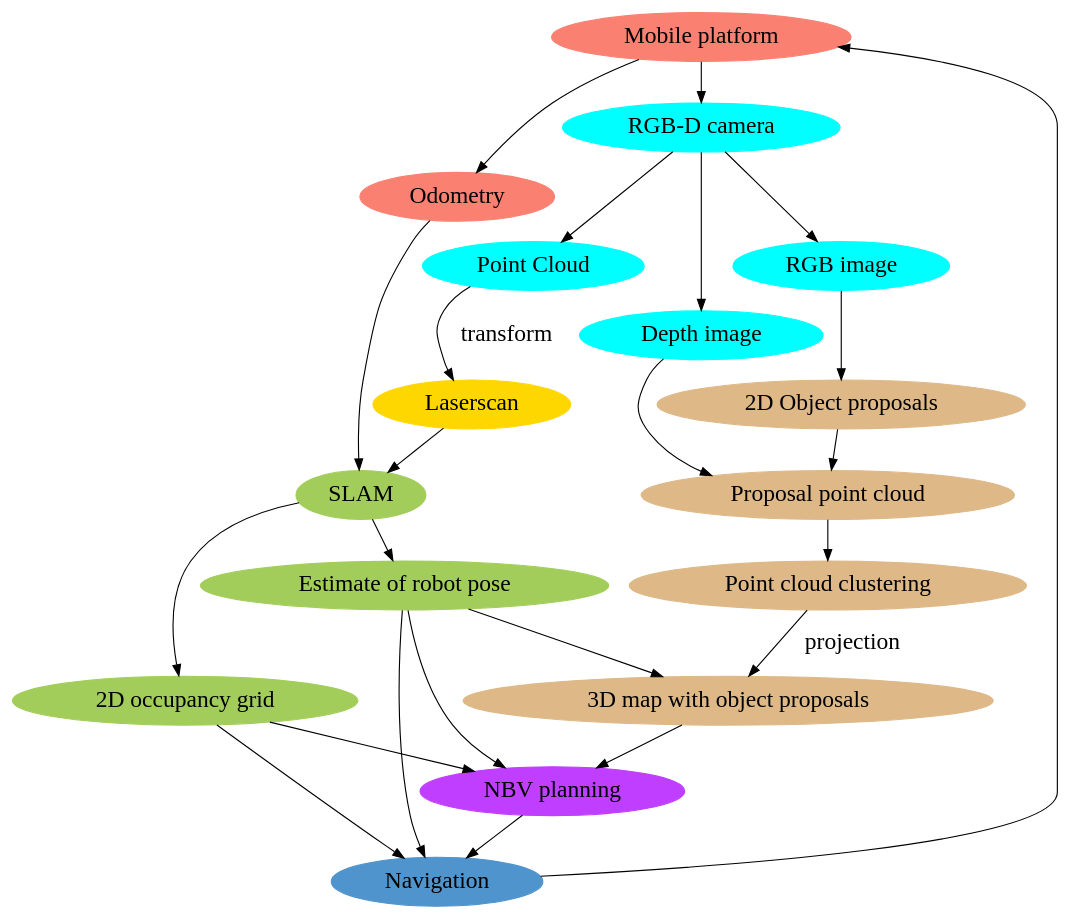
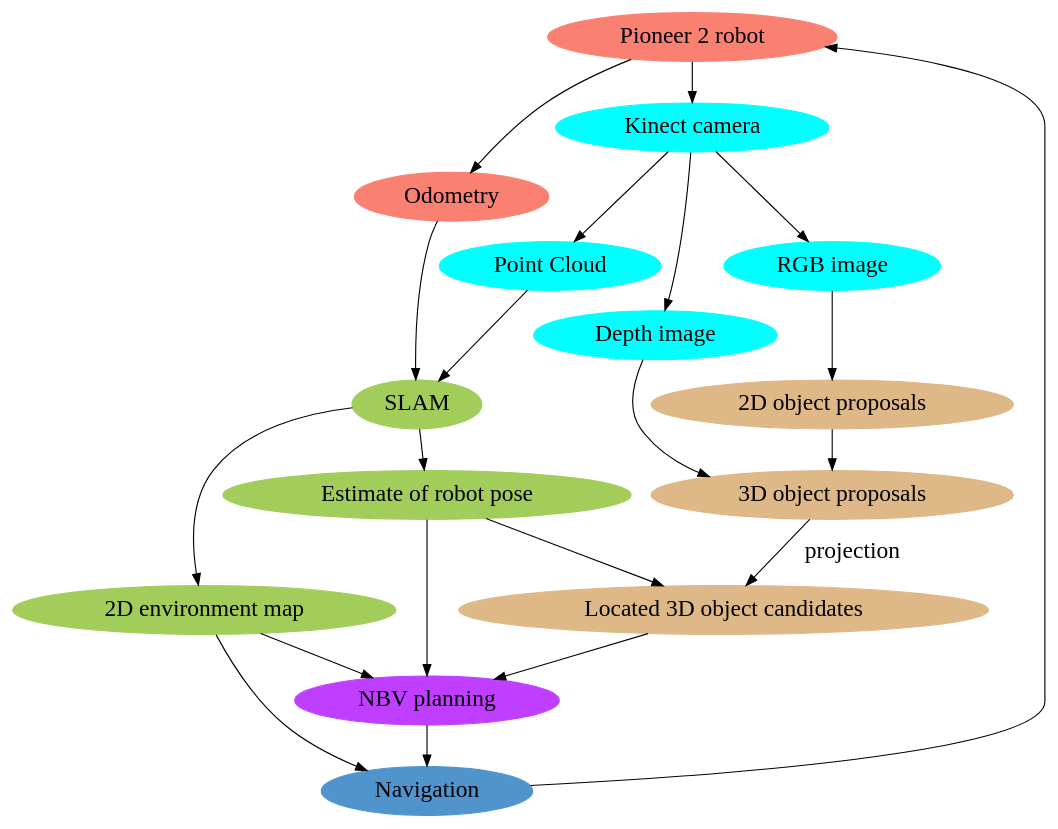
One commit to Fabse92/cv_project changed the diagram in EXPO/poster/dot/overview.dot. Above: the diagram before and after it, drawn with Graphviz. The commit also changed 4 other files, not shown here.

```diff
--- a/EXPO/poster/dot/overview.dot
+++ b/EXPO/poster/dot/overview.dot
@@ -1,45 +1,40 @@
 digraph G {
   graph [fontname = "Helvetica-Oblique", rankdir=UD];
   node [color = white, fontsize = 21, style = filled];
   edge [fontsize = 21]
-  "Mobile platform" [color = salmon];
-  "RGB-D camera" [color = cyan];
-	"Mobile platform" -> "RGB-D camera";
-	"Mobile platform" -> "Odometry";
-	"RGB-D camera" -> "RGB image";
+  "Pioneer 2 robot" [color = salmon];
+  "Kinect camera" [color = cyan];
+	"Pioneer 2 robot" -> "Kinect camera";
+	"Pioneer 2 robot" -> "Odometry";
+	"Kinect camera" -> "RGB image";
 	"RGB image" [color = cyan];
-	"RGB-D camera" [color = cyan];
+	"Kinect camera" [color = cyan];
 	"Depth image" [color = cyan];
-	"RGB-D camera" -> "Depth image";
+	"Kinect camera" -> "Depth image";
   "Odometry" [color = salmon];
 	"Odometry" -> "SLAM";
 	"Point Cloud" [color = cyan];
-	"RGB-D camera" -> "Point Cloud";
-	"Laserscan" [color = gold];
-	"Point Cloud" -> "Laserscan" [label = " transform"];
-	"Proposal point cloud" [color = burlywood];
-	"Depth image" -> "Proposal point cloud";
-	"Laserscan" -> "SLAM";
-	"2D Object proposals" [color = burlywood];
-	"RGB image" -> "2D Object proposals";
+	"Kinect camera" -> "Point Cloud";
+	"Point Cloud" -> "SLAM"
+	"3D object proposals" [color = burlywood];
+	"Depth image" -> "3D object proposals";
+	"2D object proposals" [color = burlywood];
+	"RGB image" -> "2D object proposals";
 	"SLAM" [color = darkolivegreen3];
-	"2D occupancy grid" [color = darkolivegreen3];
-	"SLAM" -> "2D occupancy grid";
+	"2D environment map" [color = darkolivegreen3];
+	"SLAM" -> "2D environment map";
 	"Estimate of robot pose" [color = darkolivegreen3];
 	"SLAM" -> "Estimate of robot pose";
-	"2D Object proposals" -> "Proposal point cloud";
-	"Point cloud clustering" [color = burlywood];
-	"Proposal point cloud" -> "Point cloud clustering";
-	"3D map with object proposals" [color = burlywood];
-	"Point cloud clustering" -> "3D map with object proposals" [label = " projection"];
-	"Estimate of robot pose" -> "3D map with object proposals";
+	"2D object proposals" -> "3D object proposals";
+	"Located 3D object candidates" [color = burlywood];
+	"3D object proposals" -> "Located 3D object candidates" [label = " projection"];
+	"Estimate of robot pose" -> "Located 3D object candidates";
 	"NBV planning" [color = darkorchid1];
-	"3D map with object proposals" -> "NBV planning";
-	"2D occupancy grid" -> "NBV planning";
+	"Located 3D object candidates" -> "NBV planning";
+	"2D environment map" -> "NBV planning";
   "Navigation" [color = steelblue3];
 	"NBV planning" -> "Navigation";
-	"2D occupancy grid" -> "Navigation";
-	"Estimate of robot pose" -> "Navigation";
+	"2D environment map" -> "Navigation";
 	"Estimate of robot pose" -> "NBV planning";
-	"Navigation" -> "Mobile platform";
+	"Navigation" -> "Pioneer 2 robot";
 }
```
